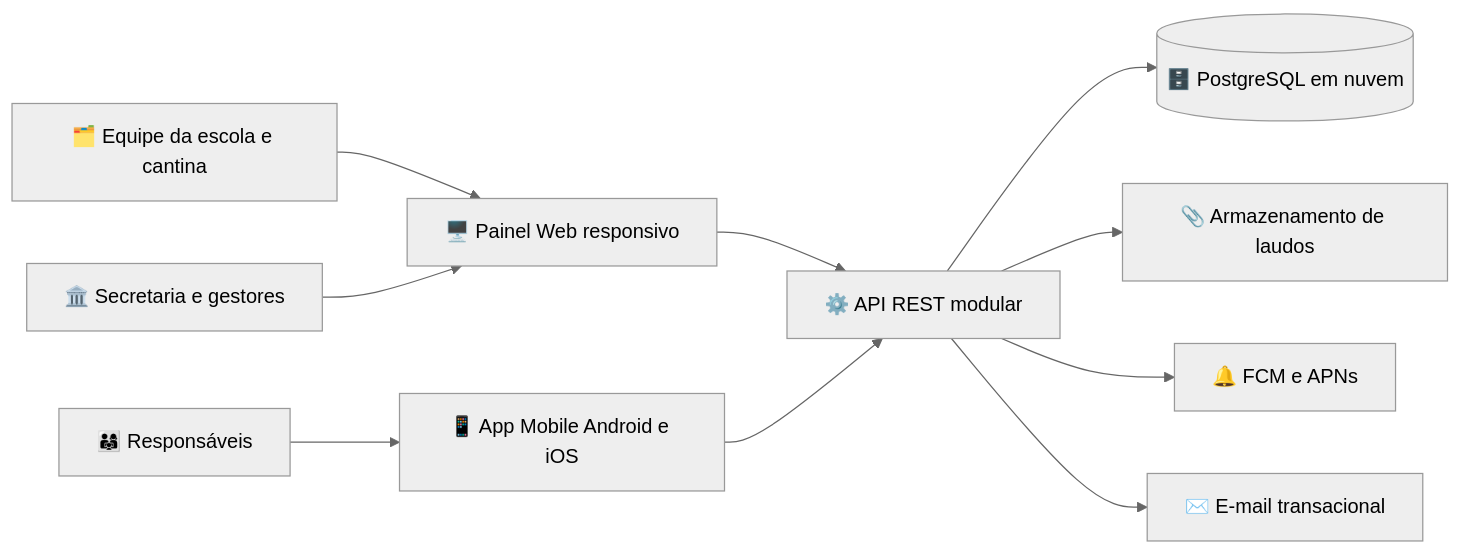
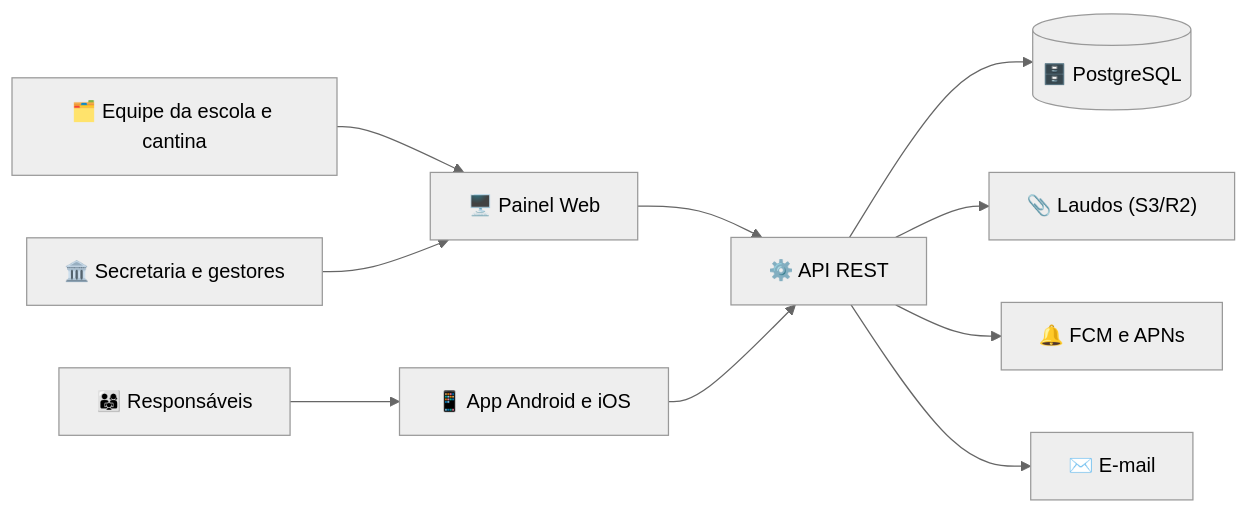
Before and after one commit to gabriel1326/SIGECE: the second of 2 diagrams in README.md, drawn with Mermaid (neutral theme). The commit also changed other lines of this file, not shown here.

````diff
--- a/README.md
+++ b/README.md
@@ -203,12 +107,12 @@
 ```mermaid
 flowchart LR
-    A["🗂️ Equipe da escola e cantina"] --> W["🖥️ Painel Web responsivo"]
+    A["🗂️ Equipe da escola e cantina"] --> W["🖥️ Painel Web"]
     G["🏛️ Secretaria e gestores"] --> W
-    R["👨‍👩‍👧 Responsáveis"] --> M["📱 App Mobile Android e iOS"]
-    W --> API["⚙️ API REST modular"]
+    R["👨‍👩‍👧 Responsáveis"] --> M["📱 App Android e iOS"]
+    W --> API["⚙️ API REST"]
     M --> API
-    API --> DB[("🗄️ PostgreSQL em nuvem")]
-    API --> S3["📎 Armazenamento de laudos"]
+    API --> DB[("🗄️ PostgreSQL")]
+    API --> S3["📎 Laudos (S3/R2)"]
     API --> N["🔔 FCM e APNs"]
-    API --> E["✉️ E-mail transacional"]
+    API --> E["✉️ E-mail"]
 ```
````
